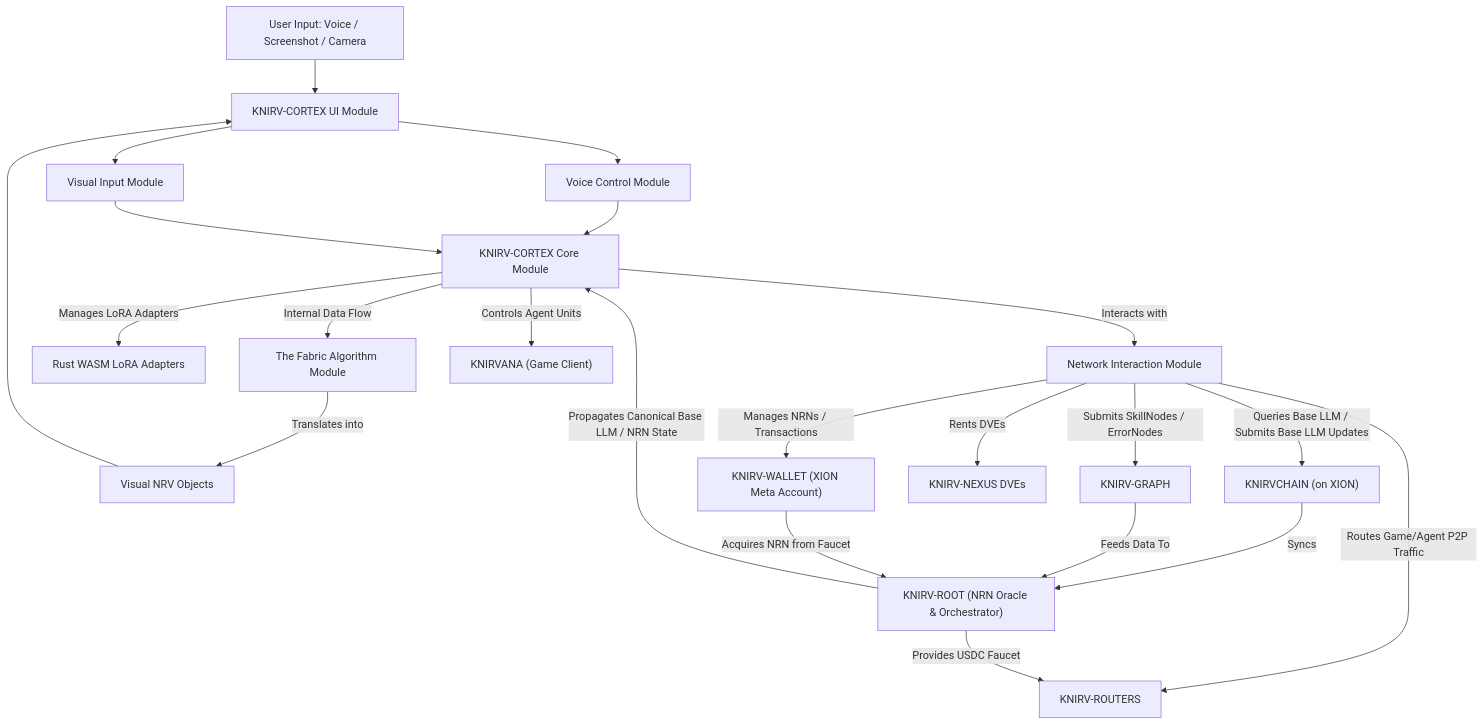
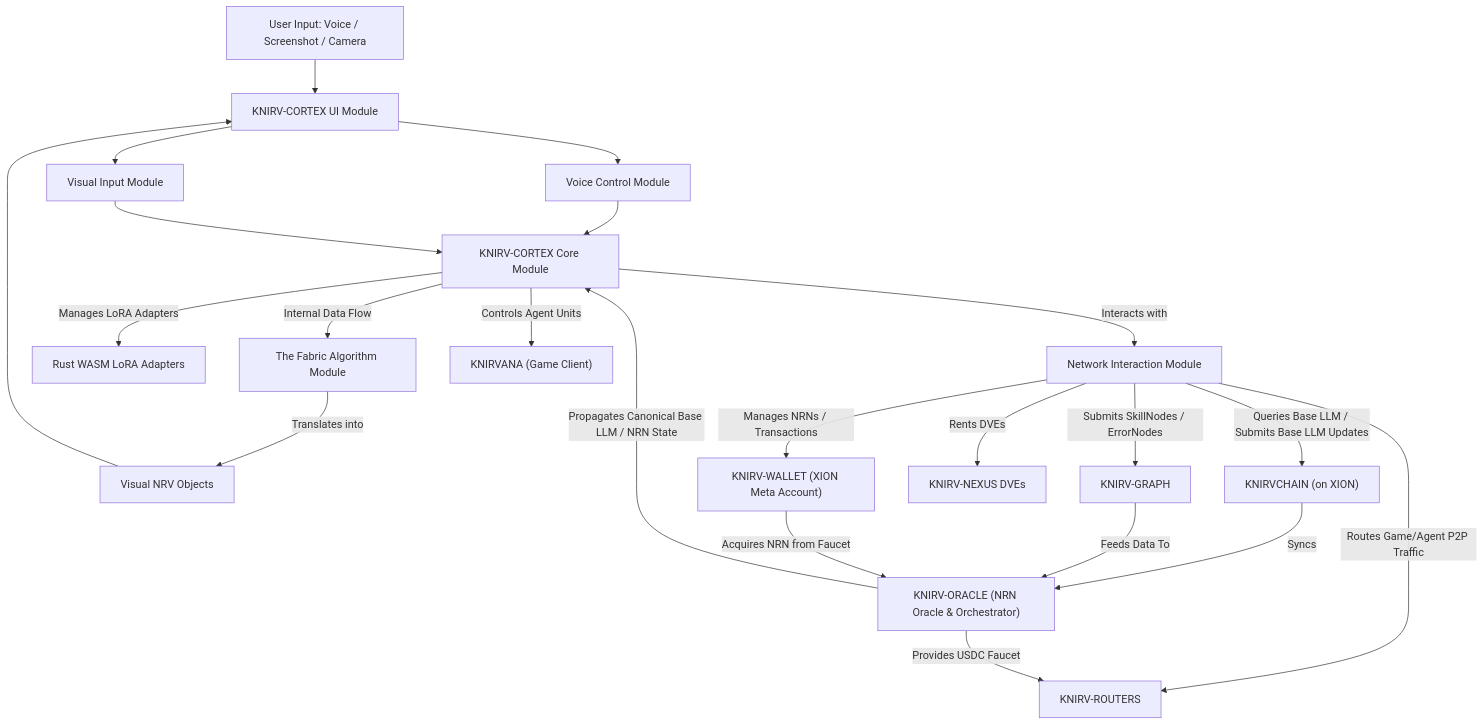
Before and after one commit to guiperry/KNIRV_NETWORK: the first of 4 diagrams in KNIRVGATEWAY/documentation/docsify/whitepapers/KNIRVSHELL_Whitepaper.md, drawn with Mermaid. The commit also changed 1956 other files, not shown here.

````diff
--- a/KNIRVGATEWAY/documentation/docsify/whitepapers/KNIRVSHELL_Whitepaper.md
+++ b/KNIRVGATEWAY/documentation/docsify/whitepapers/KNIRVSHELL_Whitepaper.md
@@ -60,28 +60,28 @@
 ```mermaid
 graph TD
     A[User Input: Voice / Screenshot / Camera] --> B[KNIRV-CORTEX UI Module]
     B --> C[Voice Control Module]
     B --> D[Visual Input Module]
     C --> E[KNIRV-CORTEX Core Module]
     D --> E
     E -- Internal Data Flow --> F["The Fabric" Algorithm Module]
     E -- Manages LoRA Adapters --> G[Rust WASM LoRA Adapters]
     E -- Interacts with --> H[Network Interaction Module]
 
     F -- Translates into --> I[Visual NRV Objects]
     I --> B
 
     H -- "Queries Base LLM / Submits Base LLM Updates" --> J["KNIRVCHAIN (on XION)"]
     H -- "Submits SkillNodes / ErrorNodes" --> K[KNIRV-GRAPH]
     H -- Rents DVEs --> L[KNIRV-NEXUS DVEs]
     H -- "Manages NRNs / Transactions" --> M["KNIRV-WALLET (XION Meta Account)"]
     H -- "Routes Game/Agent P2P Traffic" --> N[KNIRV-ROUTERS]
     E -- Controls Agent Units --> O["KNIRVANA (Game Client)"]
 
-    J -- Syncs --> P["KNIRV-ROOT (NRN Oracle & Orchestrator)"]
+    J -- Syncs --> P["KNIRV-ORACLE (NRN Oracle & Orchestrator)"]
     K -- Feeds Data To --> P
 
     P -- "Provides USDC Faucet" --> N
     M -- "Acquires NRN from Faucet" --> P
     P -- "Propagates Canonical Base LLM / NRN State" --> E
 ```
````
